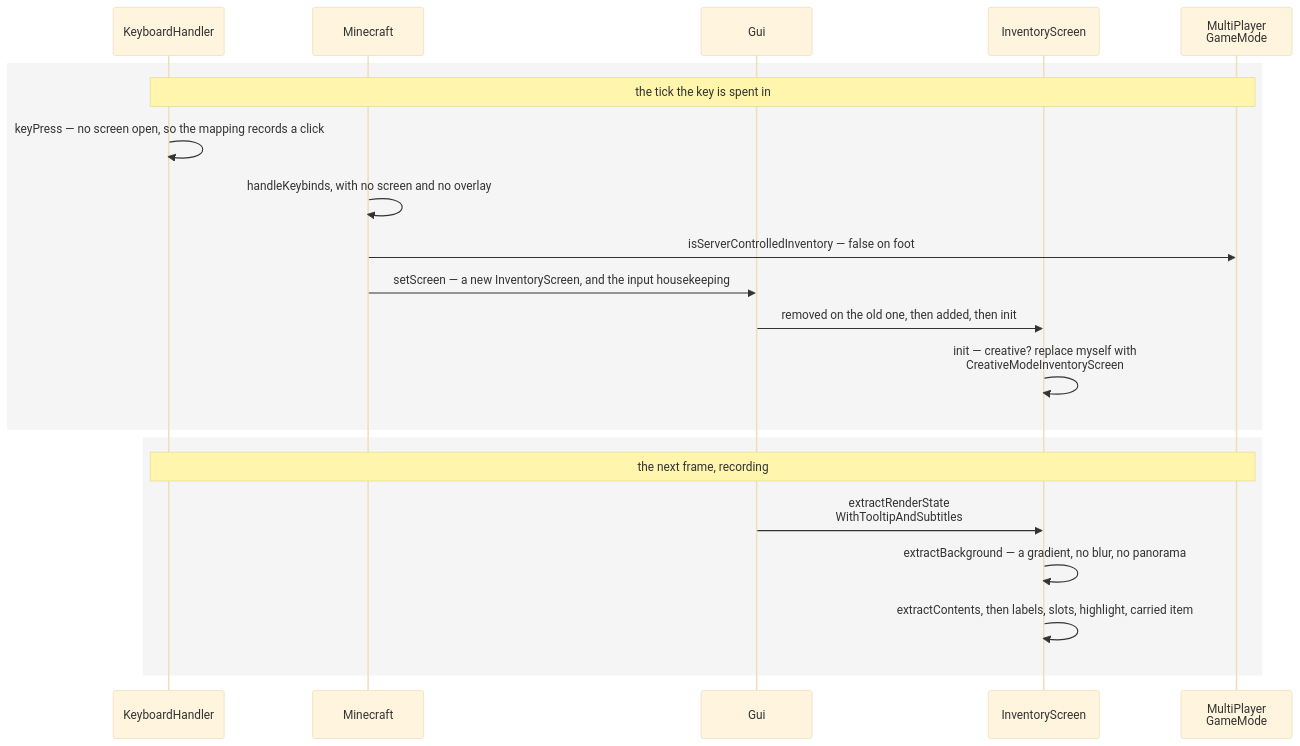
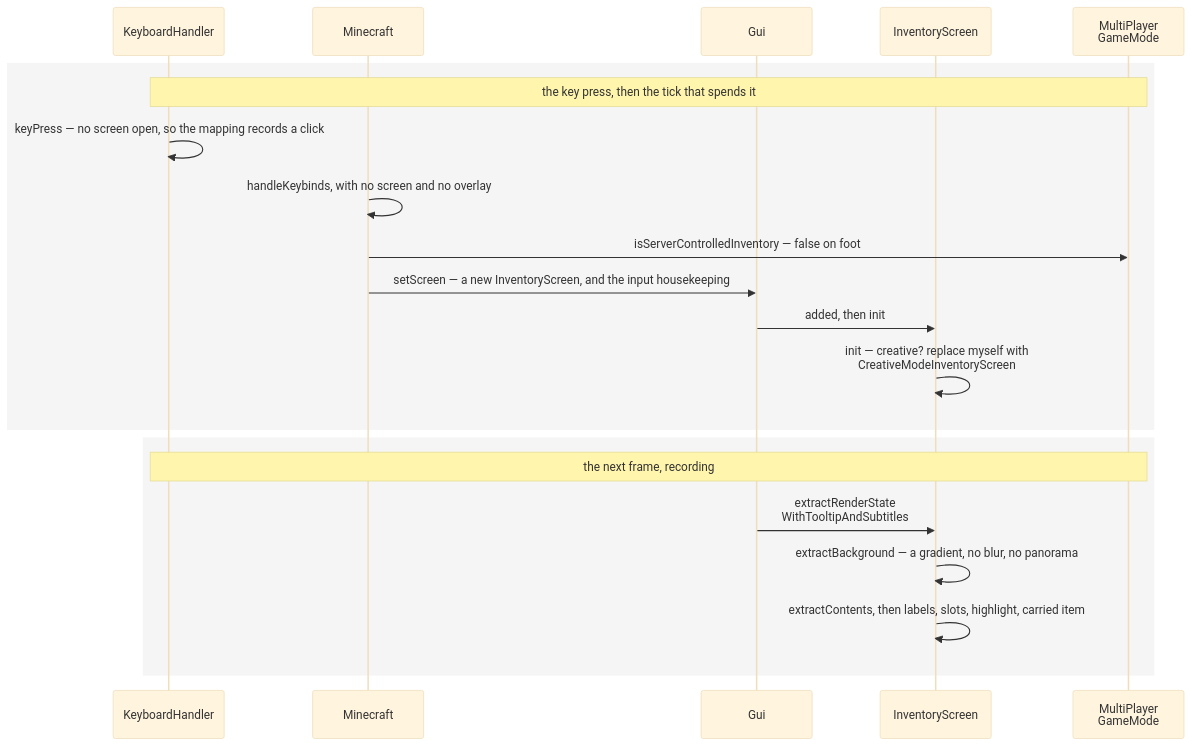
The second of 2 diagrams in src/systems/client/gui-and-screens.md (AlexanderjFraser/MinecraftDocs), drawn with Mermaid (base theme) before and after one commit. The commit also changed other lines of this file and 33 other files, not shown here.

````diff
--- a/src/systems/client/gui-and-screens.md
+++ b/src/systems/client/gui-and-screens.md
@@ -166,24 +162,24 @@
 ```mermaid
 sequenceDiagram
     participant KH as KeyboardHandler
     participant MC as Minecraft
     participant Gui as Gui
     participant InvS as InventoryScreen
     participant MPGM as MultiPlayer<br/>GameMode
 
     rect rgba(0, 0, 0, 0.04)
-    Note over KH,MPGM: the tick the key is spent in
+    Note over KH,MPGM: the key press, then the tick that spends it
     KH->>KH: keyPress — no screen open, so the mapping records a click
     MC->>MC: handleKeybinds, with no screen and no overlay
     MC->>MPGM: isServerControlledInventory — false on foot
     MC->>Gui: setScreen — a new InventoryScreen, and the input housekeeping
-    Gui->>InvS: removed on the old one, then added, then init
+    Gui->>InvS: added, then init
     InvS->>InvS: init — creative? replace myself with<br/>CreativeModeInventoryScreen
     end
     rect rgba(0, 0, 0, 0.04)
     Note over KH,MPGM: the next frame, recording
     Gui->>InvS: extractRenderState<br/>WithTooltipAndSubtitles
     InvS->>InvS: extractBackground — a gradient, no blur, no panorama
     InvS->>InvS: extractContents, then labels, slots, highlight, carried item
     end
 ```
````
